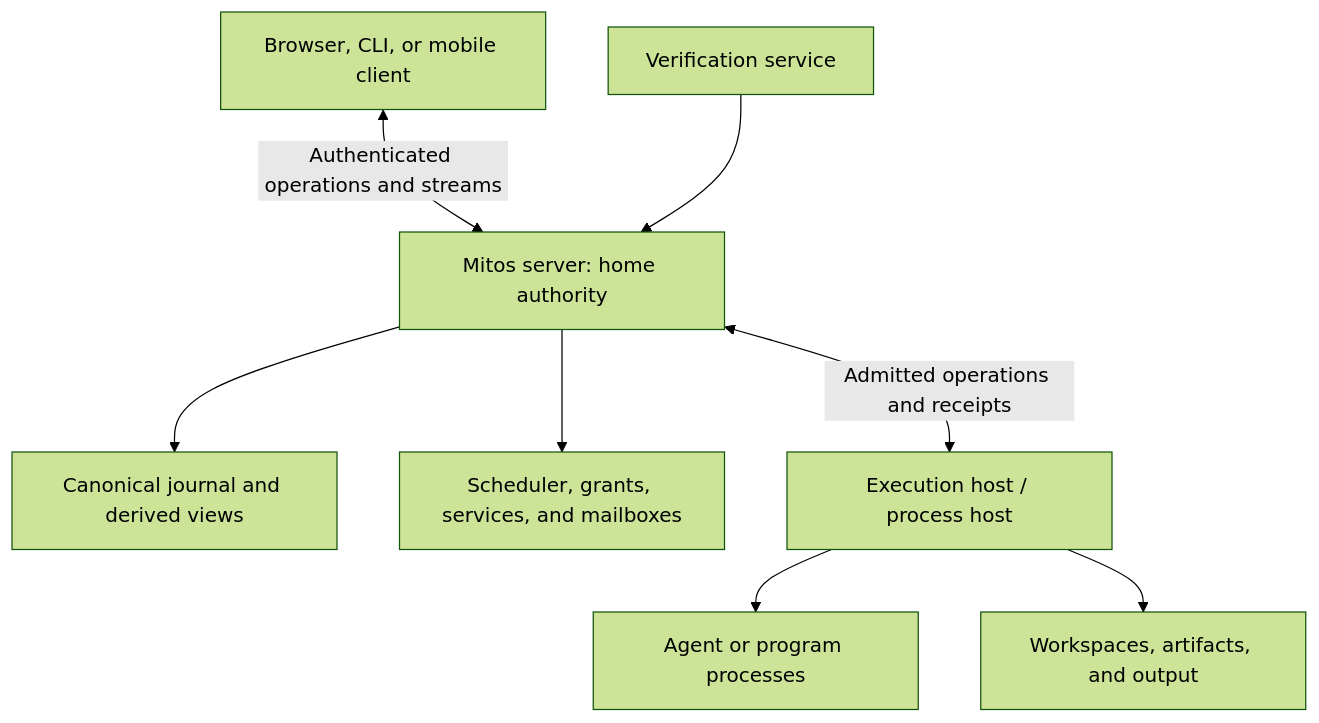
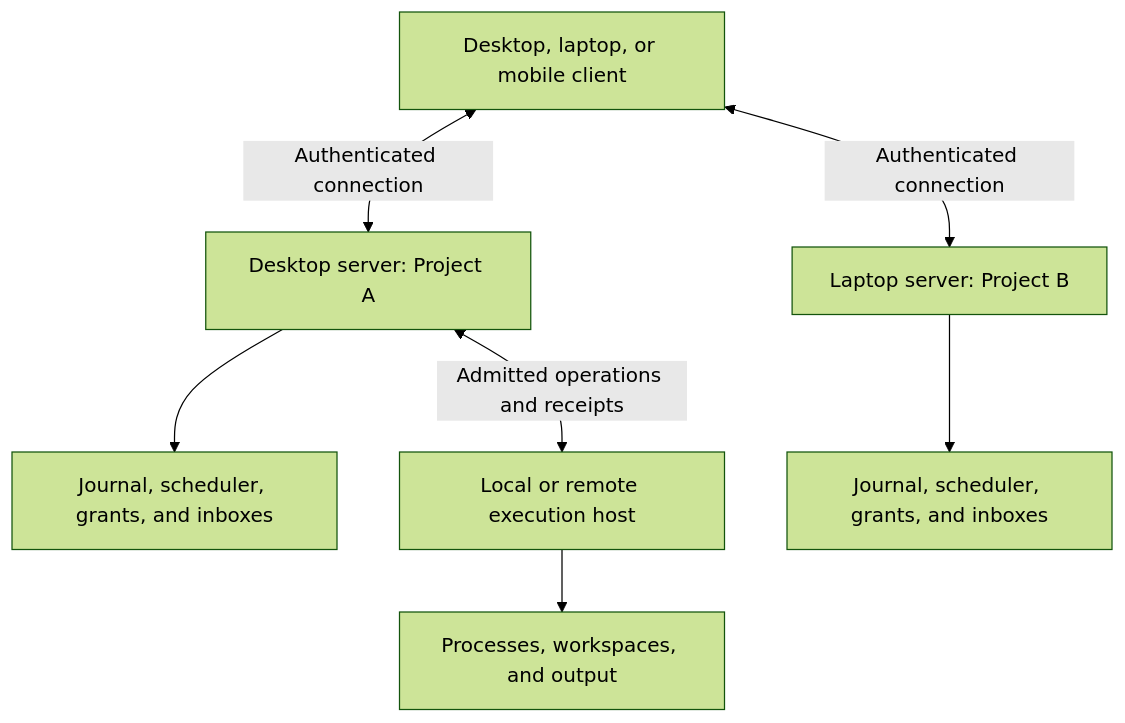
The diagram in spec/system/01_ARCHITECTURE.md (sig-id/mitos), drawn with Mermaid (forest theme) before and after one commit. The commit also changed other lines of this file and 25 other files, not shown here.

````diff
--- a/spec/system/01_ARCHITECTURE.md
+++ b/spec/system/01_ARCHITECTURE.md
@@ -50,10 +55,9 @@
 ```mermaid
 flowchart TD
-    C[Browser, CLI, or mobile client] <-->|Authenticated operations and streams| S[Mitos server: home authority]
-    S --> J[Canonical journal and derived views]
-    S --> K[Scheduler, grants, services, and mailboxes]
-    S <-->|Admitted operations and receipts| H[Execution host / process host]
-    H --> P[Agent or program processes]
-    H --> W[Workspaces, artifacts, and output]
-    V[Verification service] --> S
+    C[Desktop, laptop, or mobile client] <-->|Authenticated connection| A[Desktop server: Project A]
+    C <-->|Authenticated connection| B[Laptop server: Project B]
+    A --> JA[Journal, scheduler, grants, and inboxes]
+    B --> JB[Journal, scheduler, grants, and inboxes]
+    A <-->|Admitted operations and receipts| H[Local or remote execution host]
+    H --> P[Processes, workspaces, and output]
 ```
````
